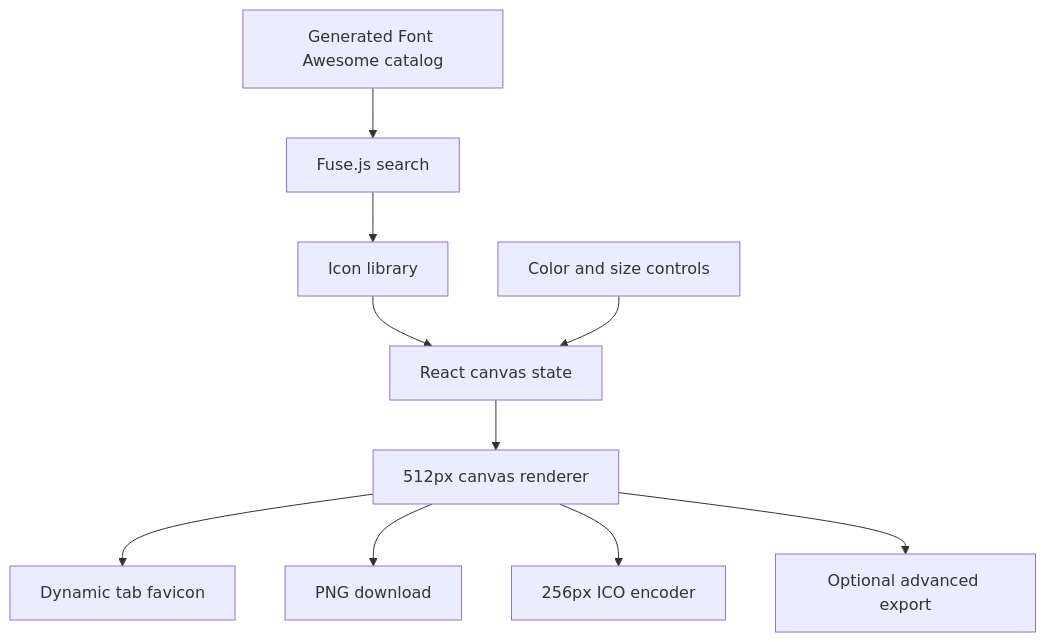
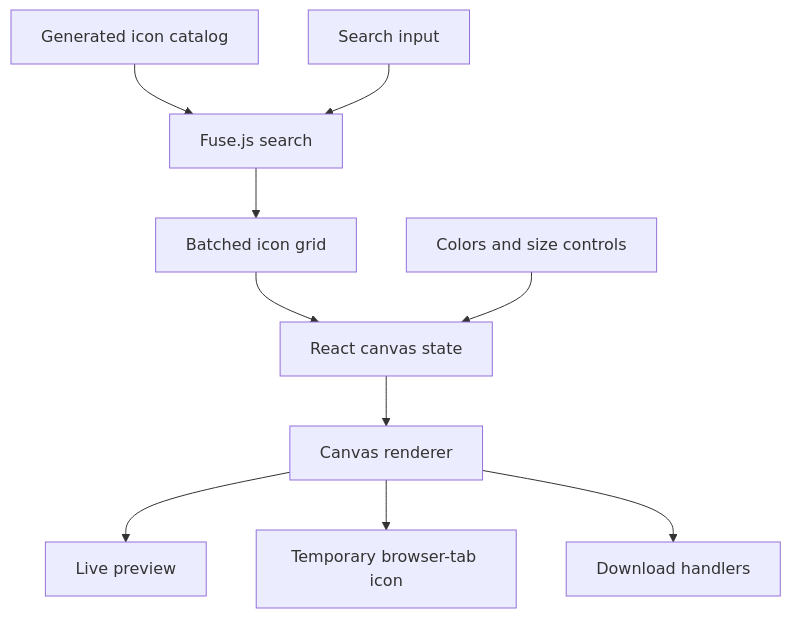
The first of 4 diagrams in docs/architecture.md (nicholasadamou/iconforge), drawn with Mermaid before and after one commit. The commit also changed other lines of this file and 28 other files, not shown here.

````diff
--- a/docs/architecture.md
+++ b/docs/architecture.md
@@ -7,12 +21,12 @@
 ```mermaid
 flowchart TD
-  Catalog[Generated Font Awesome catalog] --> Search[Fuse.js search]
-  Search --> Grid[Icon library]
+  Catalog[Generated icon catalog] --> Search[Fuse.js search]
+  Query[Search input] --> Search
+  Search --> Grid[Batched icon grid]
   Grid --> State[React canvas state]
-  Controls[Color and size controls] --> State
-  State --> Canvas[512px canvas renderer]
-  Canvas --> Tab[Dynamic tab favicon]
-  Canvas --> PNG[PNG download]
-  Canvas --> ICO[256px ICO encoder]
-  Canvas --> External[Optional advanced export]
+  Controls[Colors and size controls] --> State
+  State --> Renderer[Canvas renderer]
+  Renderer --> Preview[Live preview]
+  Renderer --> Favicon[Temporary browser-tab icon]
+  Renderer --> Export[Download handlers]
 ```
````
